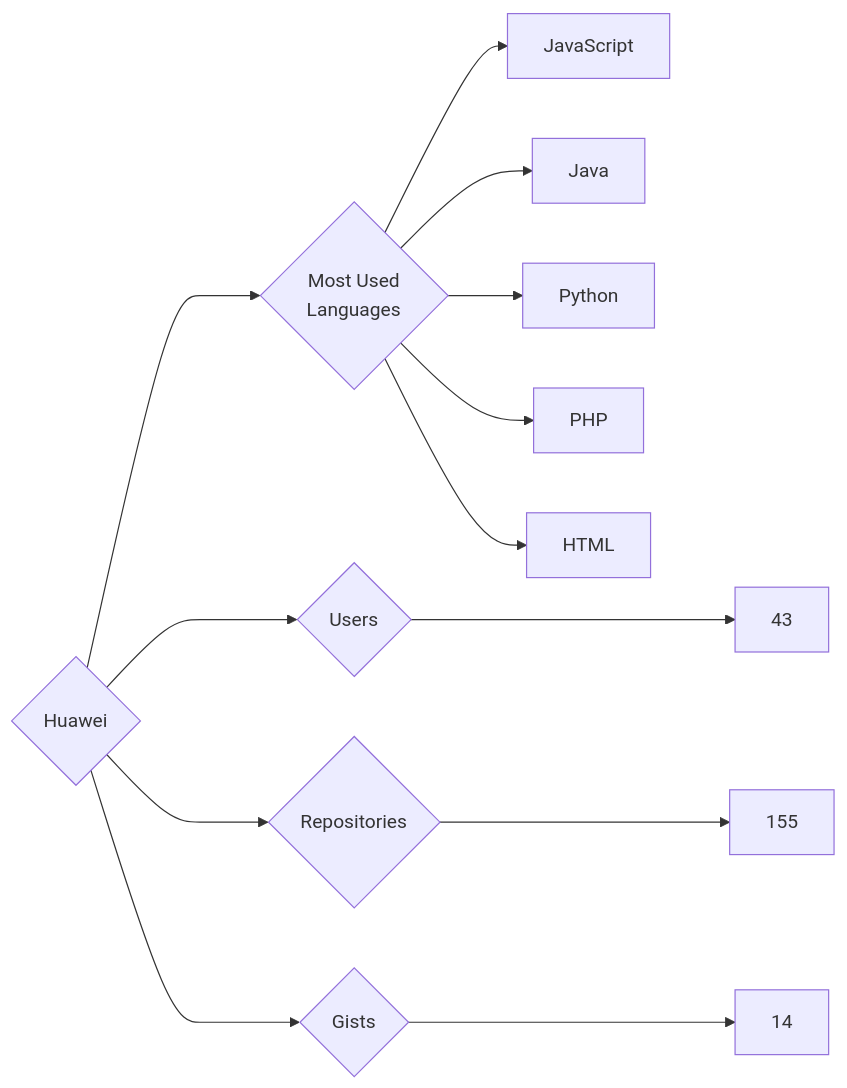
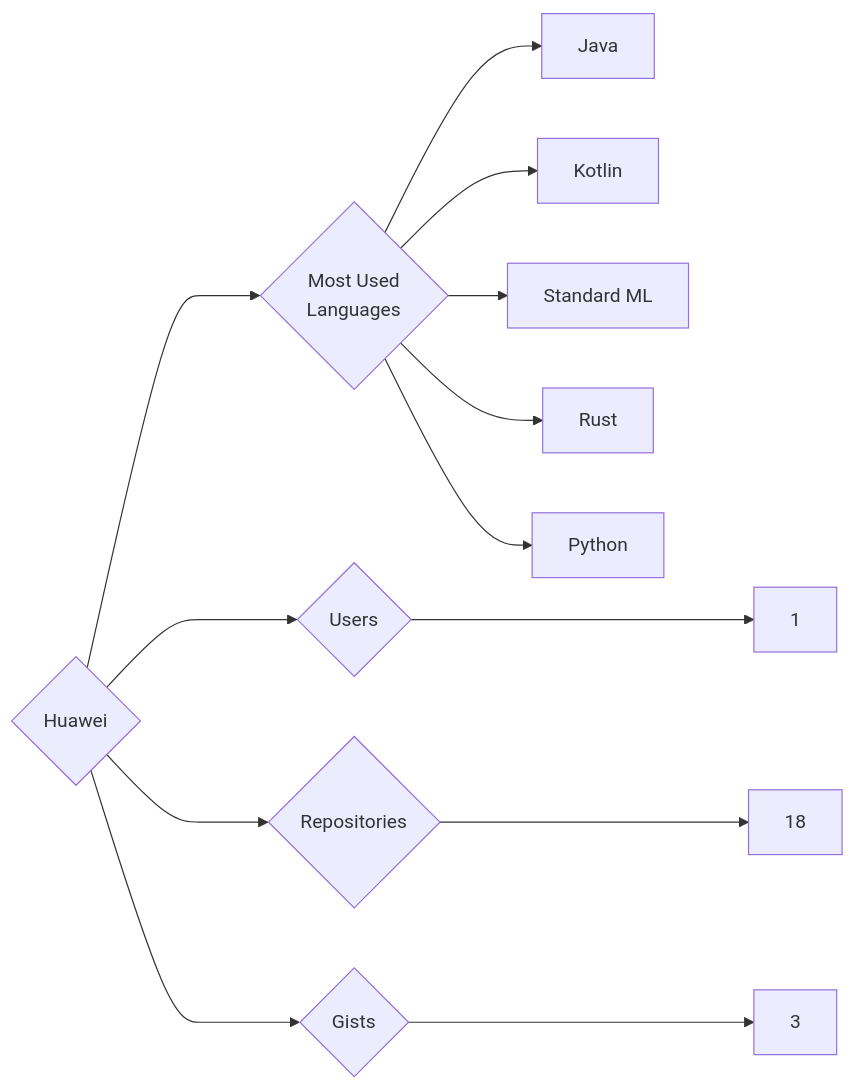
The diagram in targets/Huawei/README.md (trickest/insiders), drawn with Mermaid before and after one commit. The commit also changed 814 other files, not shown here.

````diff
--- a/targets/Huawei/README.md
+++ b/targets/Huawei/README.md
@@ -3,13 +3,13 @@
 ```mermaid
 graph LR
 COMPANY_NAME{Huawei}
-COMPANY_NAME ---> U{Users} ---> UN[43]
-COMPANY_NAME ---> R{Repositories} ---> RN[155]
-COMPANY_NAME ---> G{Gists} ---> GN[14]
+COMPANY_NAME ---> U{Users} ---> UN[1]
+COMPANY_NAME ---> R{Repositories} ---> RN[18]
+COMPANY_NAME ---> G{Gists} ---> GN[3]
 COMPANY_NAME ---> ML{Most Used<br>Languages}
-ML --> JavaScript[JavaScript]
 ML --> Java[Java]
+ML --> Kotlin[Kotlin]
+ML --> Standard_ML[Standard ML]
+ML --> Rust[Rust]
 ML --> Python[Python]
-ML --> PHP[PHP]
-ML --> HTML[HTML]
 ```
````
